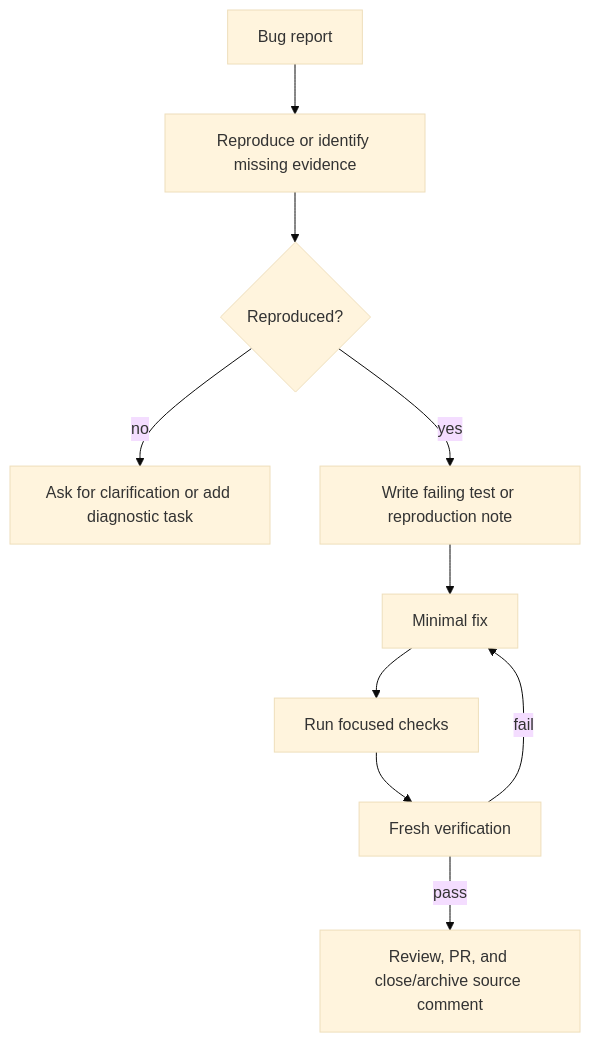
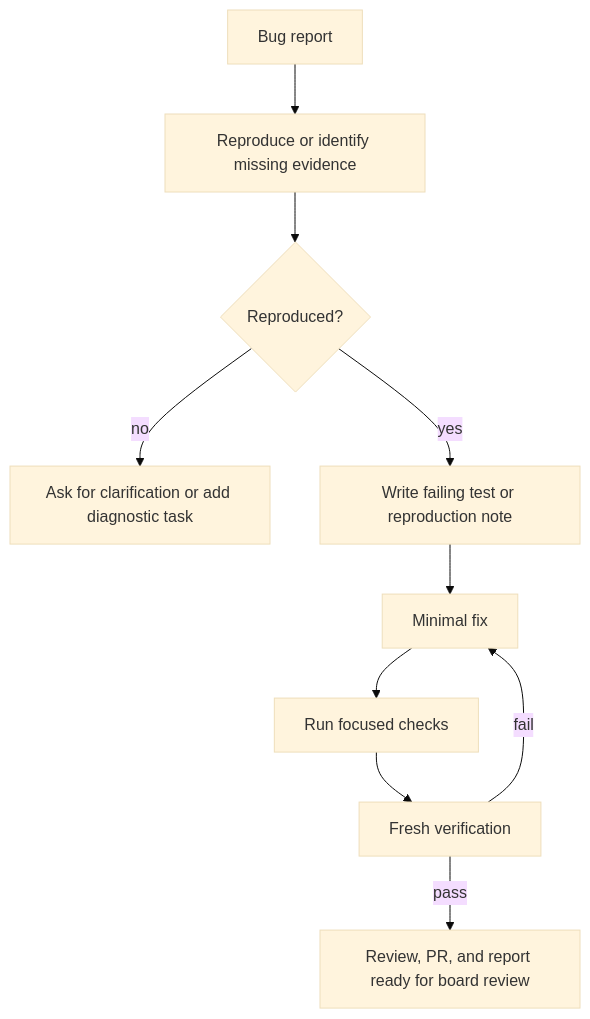
One commit to Vladick-Pick/bitrix24-attraction-dashboards changed the diagram in ops/paperclip/workflows/bugfix.md. Above: the diagram before and after it, drawn with Mermaid (base theme). The commit also changed other lines of this file and 1 other file, not shown here.

Commit message:
Remove automatic dashboard comment archival rule
Make dashboard comment archival board-owned instead of team-automated.

````diff
--- a/ops/paperclip/workflows/bugfix.md
+++ b/ops/paperclip/workflows/bugfix.md
@@ -5,12 +5,12 @@
 ```mermaid
 flowchart TD
   A["Bug report"] --> B["Reproduce or identify missing evidence"]
   B --> C{"Reproduced?"}
   C -->|no| D["Ask for clarification or add diagnostic task"]
   C -->|yes| E["Write failing test or reproduction note"]
   E --> F["Minimal fix"]
   F --> G["Run focused checks"]
   G --> H["Fresh verification"]
   H -->|fail| F
-  H -->|pass| I["Review, PR, and close/archive source comment"]
+  H -->|pass| I["Review, PR, and report ready for board review"]
 ```
````
